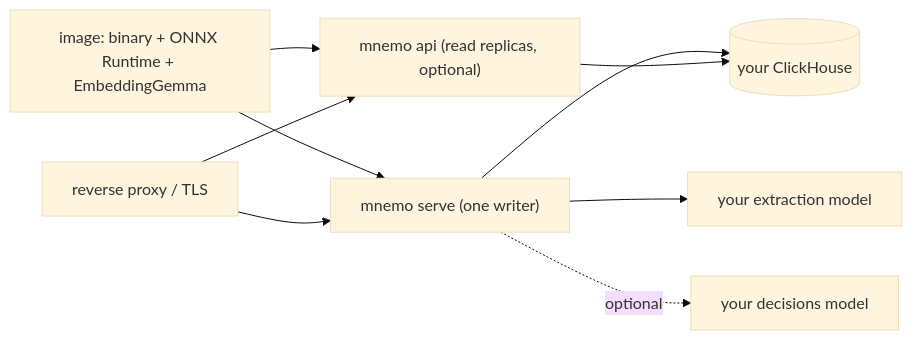
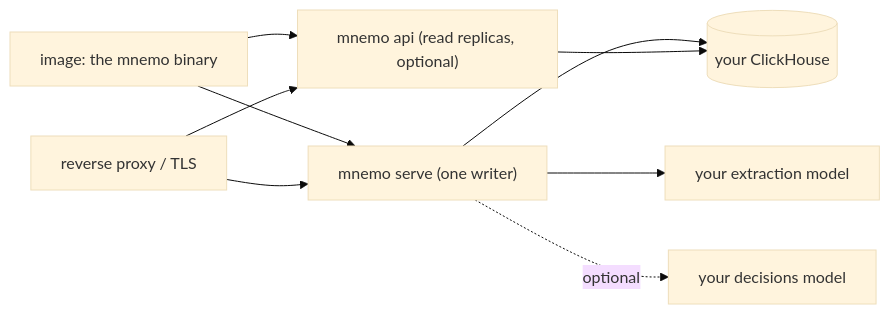
One commit to mariojcr/mnemo changed the diagram in docs/operations.md. Above: the diagram before and after it, drawn with Mermaid (base theme). The commit also changed other lines of this file and 14 other files, not shown here.

First line of the commit message:
refactor: EmbeddingGemma 2 from an embeddings endpoint, no ONNX Runtime in the image (#9)

````diff
--- a/docs/operations.md
+++ b/docs/operations.md
@@ -13,9 +13,9 @@
 ```mermaid
 flowchart LR
-    IMG["image: binary + ONNX Runtime + EmbeddingGemma"] --> W["mnemo serve (one writer)"]
+    IMG["image: the mnemo binary"] --> W["mnemo serve (one writer)"]
     IMG --> R["mnemo api (read replicas, optional)"]
     W & R --> CHS[("your ClickHouse")]
     W --> LLM["your extraction model"]
     W -. optional .-> DEC["your decisions model"]
     PX["reverse proxy / TLS"] --> W & R
 ```
````
